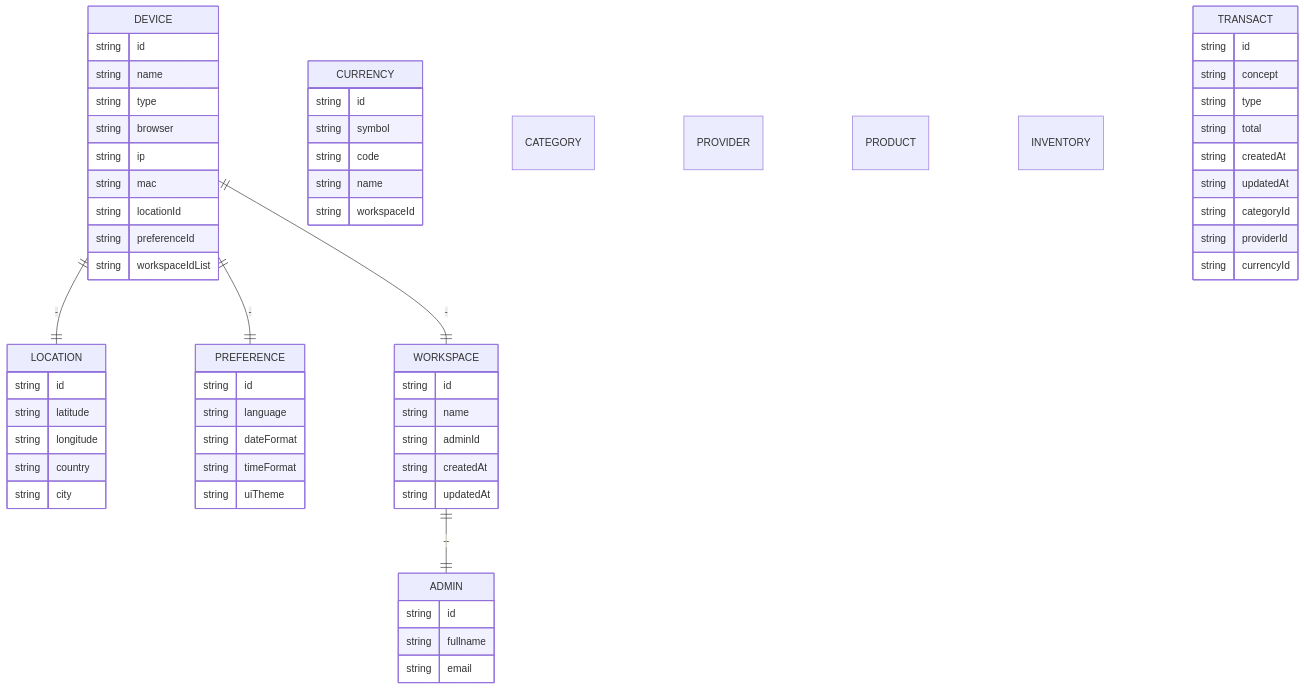
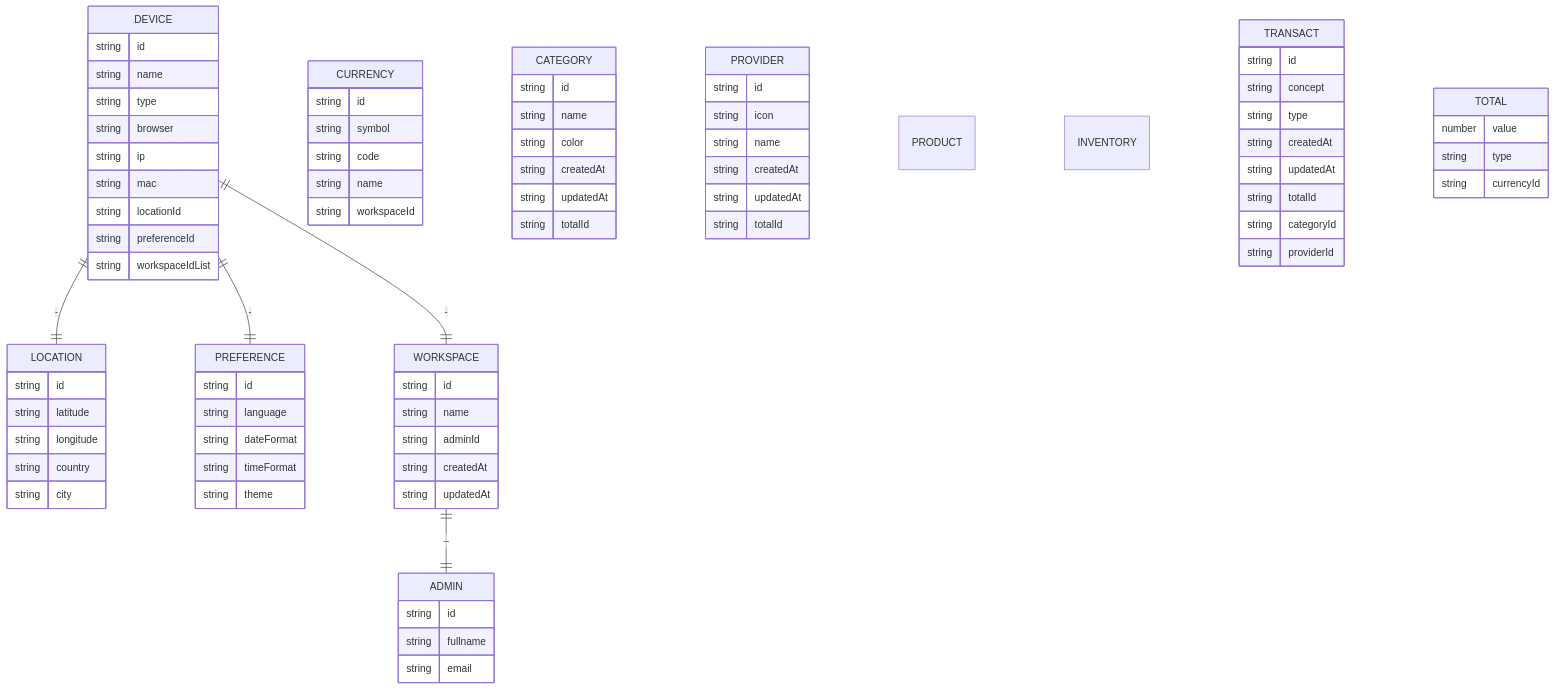
The diagram in README.md (MichaellAlavedraMunayco/wall-e), drawn with Mermaid before and after one commit. The commit also changed other lines of this file, not shown here.

```diff
--- a/README.md
+++ b/README.md
@@ -21,7 +21,7 @@
       string locationId
       string preferenceId
       string workspaceIdList
-    }    
+    }
     
     LOCATION {
       string id
@@ -36,7 +36,7 @@
       string language
       string dateFormat
       string timeFormat
-      string uiTheme
+      string theme
     }
     
     WORKSPACE {
@@ -61,9 +61,23 @@
       string workspaceId
     }
     
-    CATEGORY { }
+    CATEGORY {
+      string id
+      string name
+      string color
+      string createdAt
+      string updatedAt
+      string totalId
+    }
     
-    PROVIDER { }
+    PROVIDER { 
+      string id
+      string icon
+      string name
+      string createdAt
+      string updatedAt
+      string totalId
+    }
     
     PRODUCT { }
     
@@ -73,11 +87,16 @@
       string id
       string concept
       string type
-      string total
       string createdAt
       string updatedAt
+      string totalId
       string categoryId
       string providerId
+    }
+
+    TOTAL {
+      number value
+      string type
       string currencyId
     }
     
```
